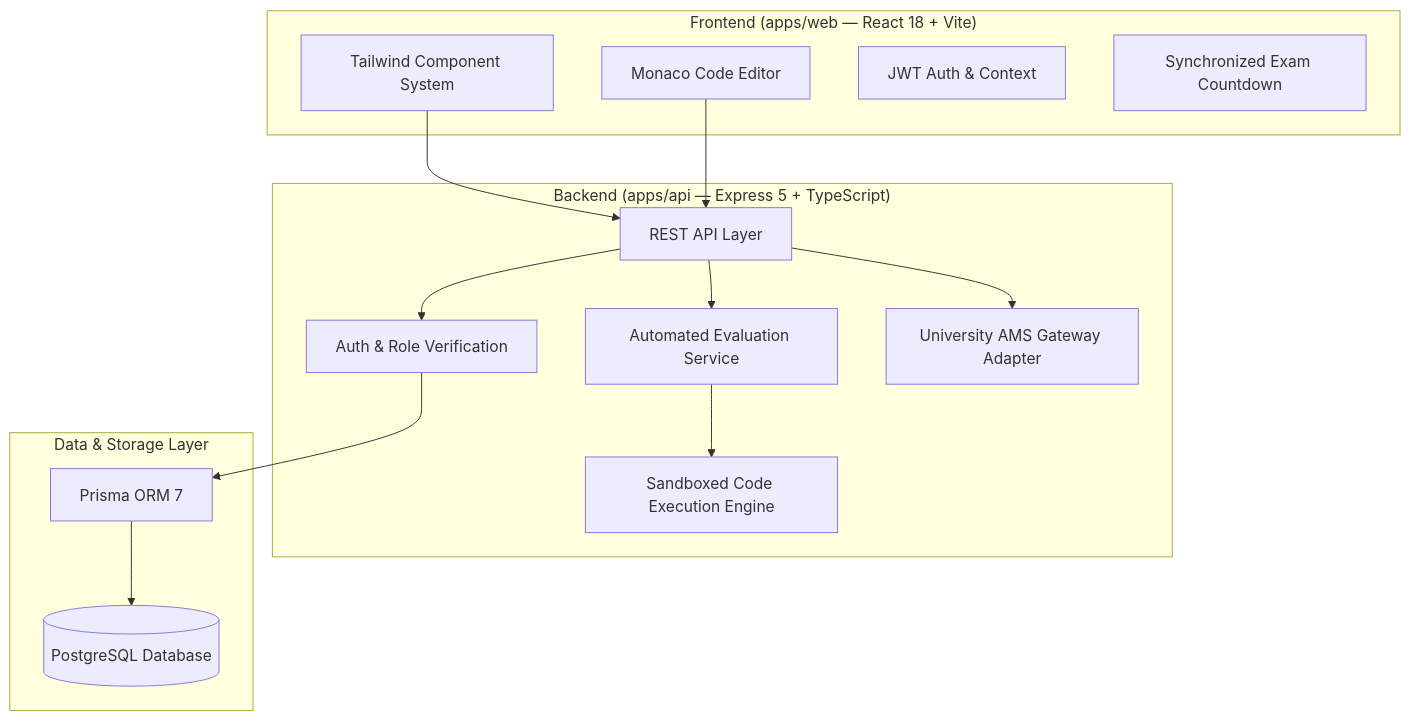
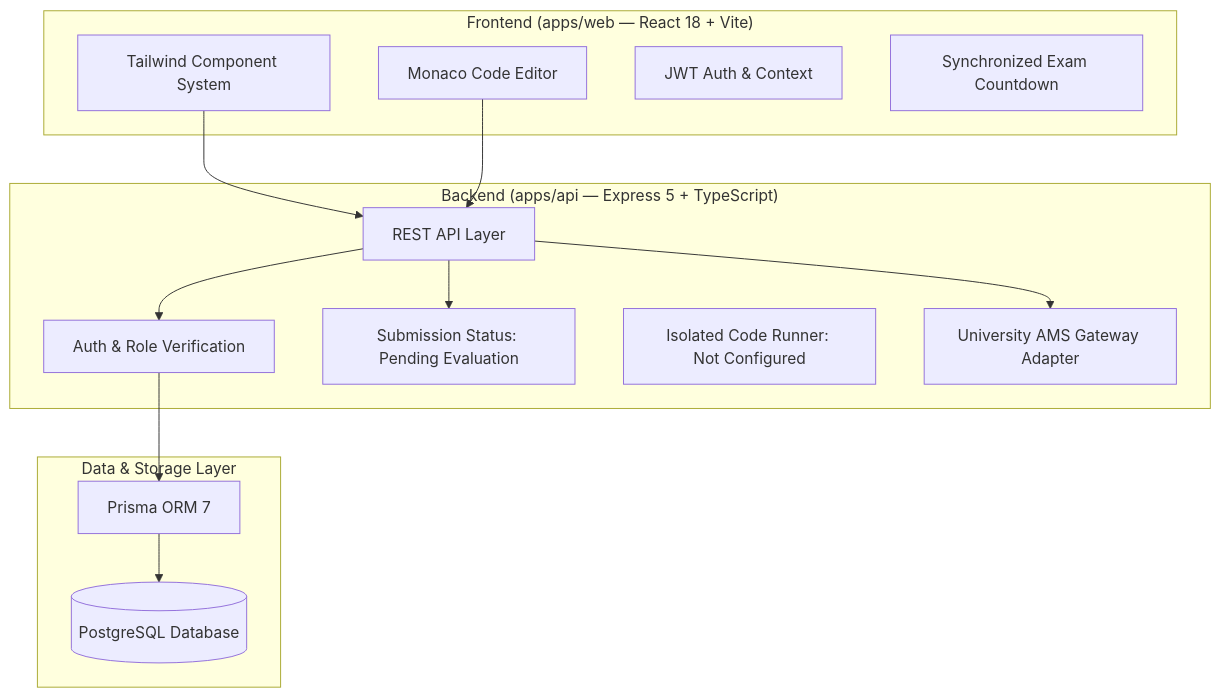
The diagram in README.md (kapilkaithwas05/BHUMIKASH), drawn with Mermaid before and after one commit. The commit also changed other lines of this file and 37 other files, not shown here.

````diff
--- a/README.md
+++ b/README.md
@@ -45,31 +45,30 @@
 ```mermaid
 flowchart TD
     subgraph Frontend ["Frontend (apps/web — React 18 + Vite)"]
         UI[Tailwind Component System]
         Monaco[Monaco Code Editor]
         AuthCtx[JWT Auth & Context]
         Timer[Synchronized Exam Countdown]
     end
 
     subgraph Backend ["Backend (apps/api — Express 5 + TypeScript)"]
         Router[REST API Layer]
         AuthMid[Auth & Role Verification]
-        EvalSvc[Automated Evaluation Service]
-        ExecSvc[Sandboxed Code Execution Engine]
+        EvalSvc[Submission Status: Pending Evaluation]
+        ExecSvc[Isolated Code Runner: Not Configured]
         AMS[University AMS Gateway Adapter]
     end
 
     subgraph Database ["Data & Storage Layer"]
         Prisma[Prisma ORM 7]
         Postgres[(PostgreSQL Database)]
     end
 
     UI --> Router
     Monaco --> Router
     Router --> AuthMid
     AuthMid --> Prisma
     Router --> EvalSvc
-    EvalSvc --> ExecSvc
     Prisma --> Postgres
     Router --> AMS
 ```
````
